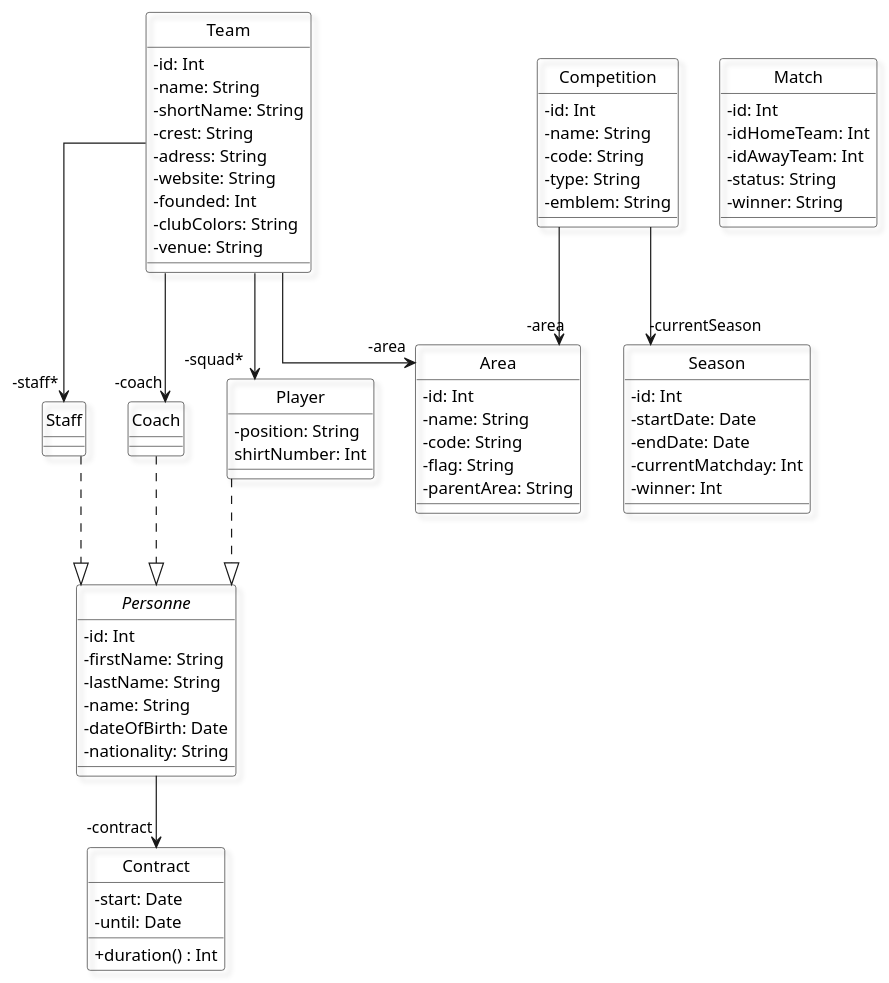
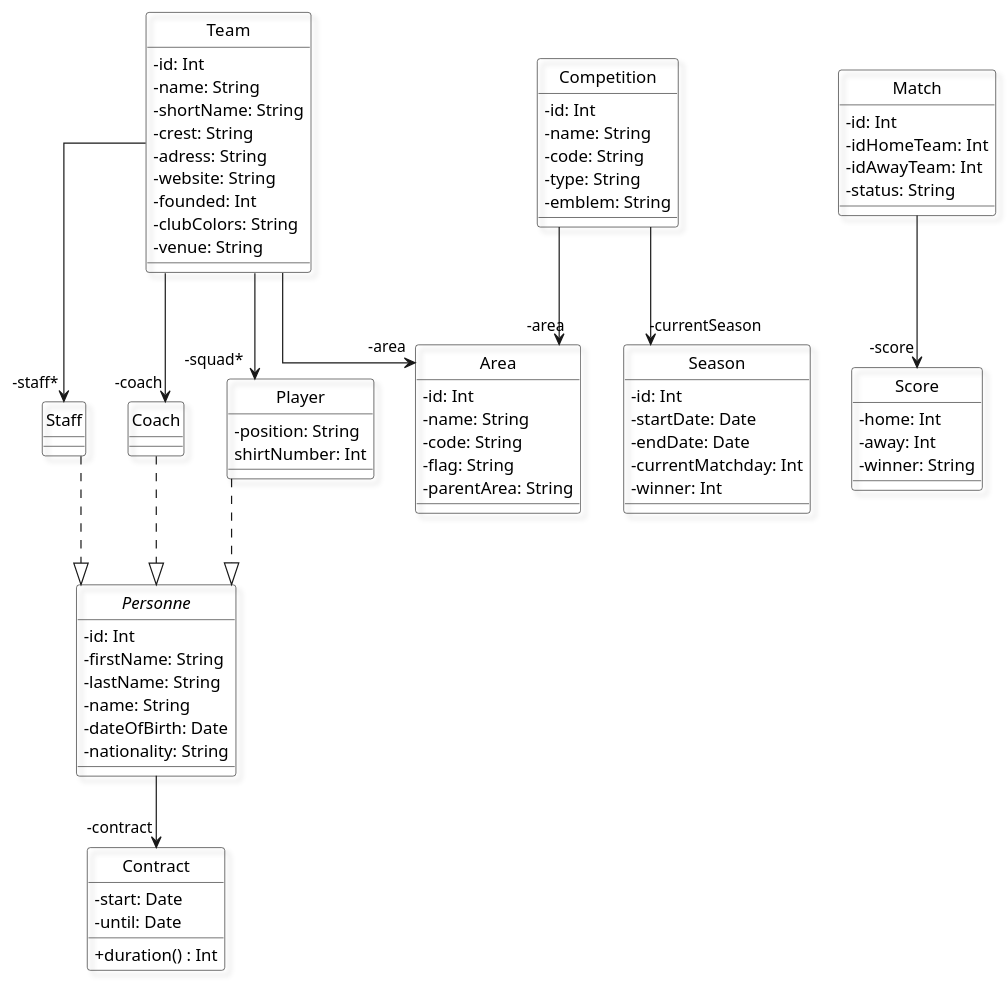
The first of 2 diagrams in README.md (Emree63/Scor_It), drawn with PlantUML before and after one commit.

Commit message:
Add class score in uml diagram 🔨

````diff
--- a/README.md
+++ b/README.md
@@ -118,6 +118,11 @@
     -idHomeTeam: Int
     -idAwayTeam: Int
     -status: String
+}
+
+class Score {
+    -home: Int
+    -away: Int
     -winner: String
 }
 
@@ -135,5 +140,7 @@
 Competition --> "-area" Area
 Competition --> "-currentSeason" Season
 
+Match --> "-score" Score 
+
 @enduml
 ```
````
